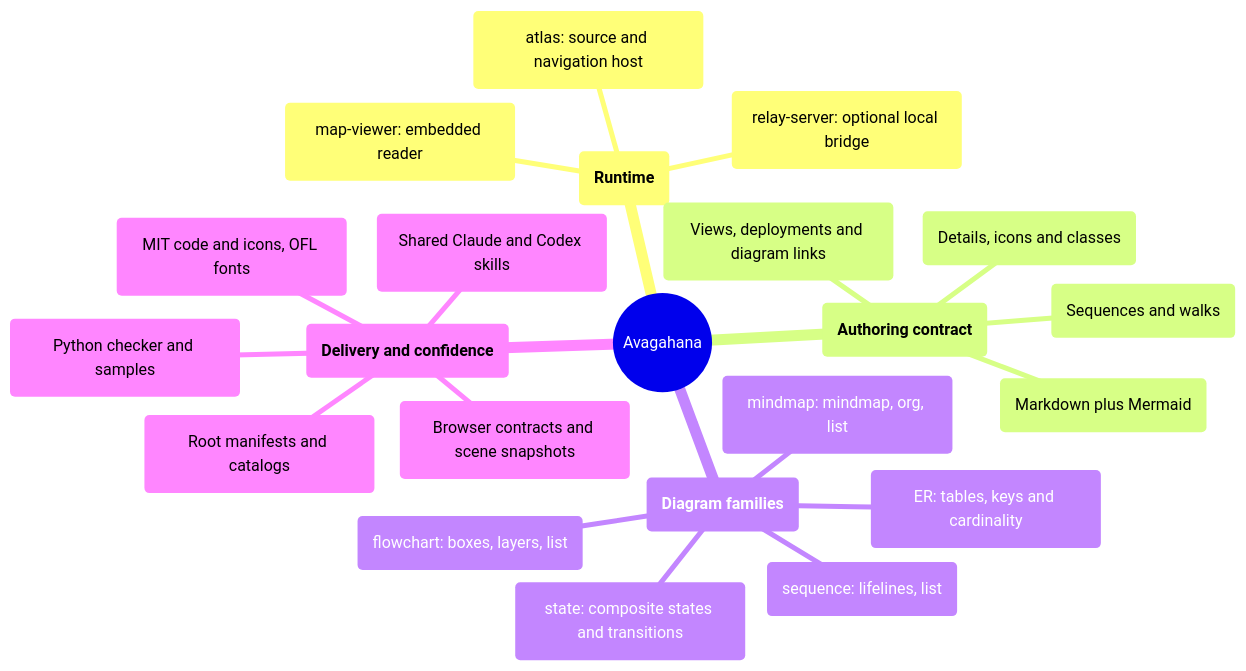
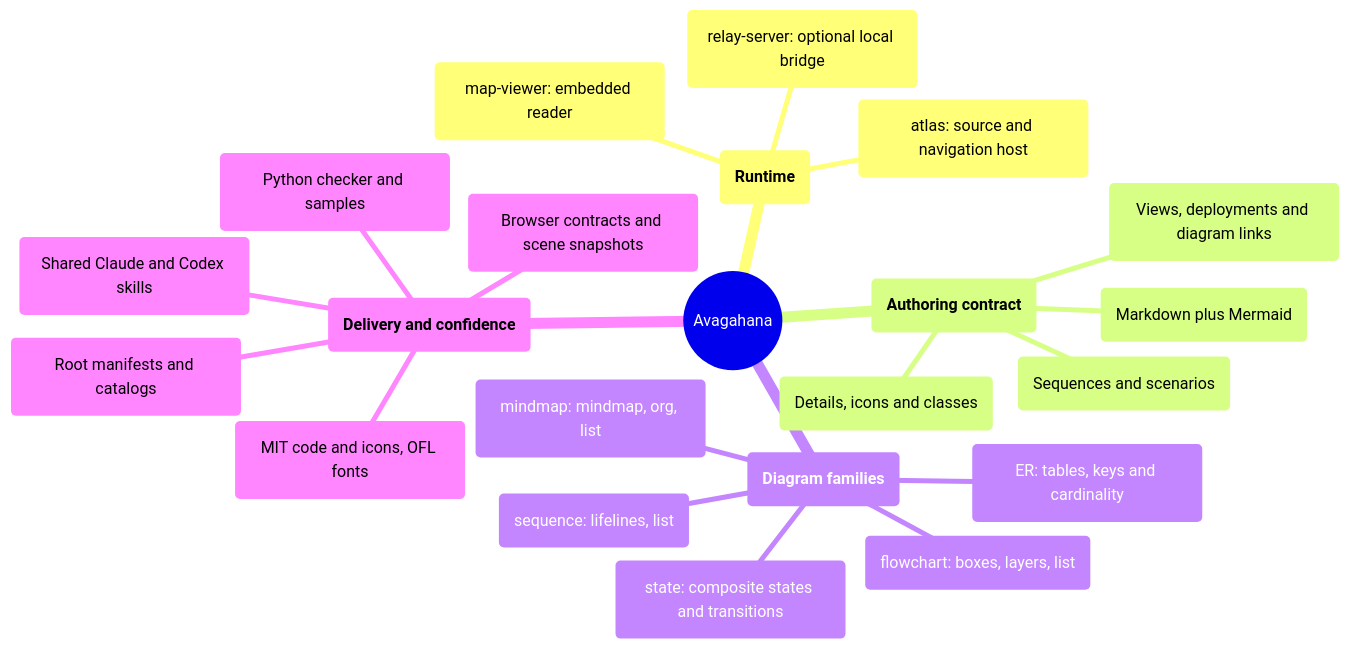
One commit to nvsravank/avagahana changed the fourth of 17 diagrams in examples/maps/avagahana-architecture.md. Above: the diagram before and after it, drawn with Mermaid. The commit also changed other lines of this file and 75 other files, not shown here.

````diff
--- a/examples/maps/avagahana-architecture.md
+++ b/examples/maps/avagahana-architecture.md
@@ -163,25 +163,25 @@
 ```mermaid
 mindmap
   n1(("Avagahana"))
     n2("**Runtime**")
       n3("map-viewer: embedded reader")
       n4("atlas: source and navigation host")
       n5("relay-server: optional local bridge")
     n6("**Authoring contract**")
       n7("Markdown plus Mermaid")
       n8("Details, icons and classes")
       n9("Views, deployments and diagram links")
-      n10("Sequences and walks")
+      n10("Sequences and scenarios")
     n11("**Diagram families**")
       n12("mindmap: mindmap, org, list")
       n13("flowchart: boxes, layers, list")
       n14("sequence: lifelines, list")
       n15("state: composite states and transitions")
       n16("ER: tables, keys and cardinality")
     n17("**Delivery and confidence**")
       n18("Shared Claude and Codex skills")
       n19("Root manifests and catalogs")
       n20("Python checker and samples")
       n21("Browser contracts and scene snapshots")
       n22("MIT code and icons, OFL fonts")
 ```
````
